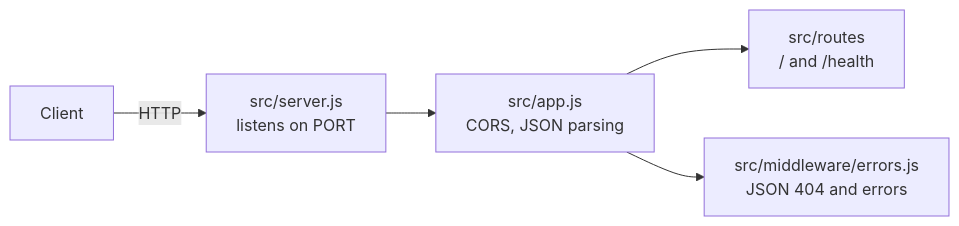
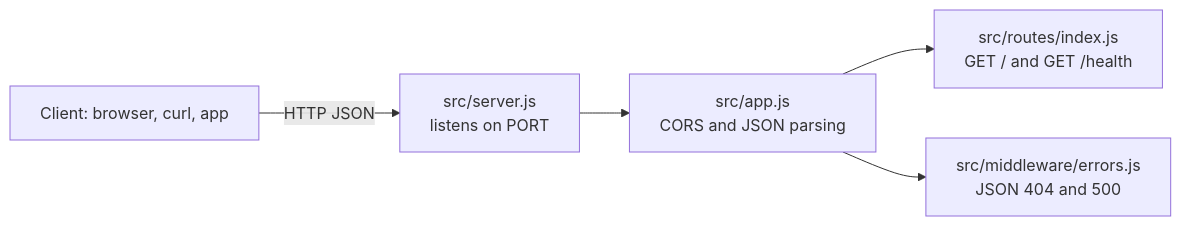
Before and after one commit to light-cloud-com/templates: the diagram in starters/starter-express/README.md, drawn with Mermaid. The commit also changed other lines of this file and 2 other files, not shown here.

````diff
--- a/starters/starter-express/README.md
+++ b/starters/starter-express/README.md
@@ -29,7 +101,7 @@
 ```mermaid
 flowchart LR
-    client["Client"] -->|HTTP| server["src/server.js<br/>listens on PORT"]
-    server --> app["src/app.js<br/>CORS, JSON parsing"]
-    app --> routes["src/routes<br/>/ and /health"]
-    app --> errors["src/middleware/errors.js<br/>JSON 404 and errors"]
+    client["Client: browser, curl, app"] -->|HTTP JSON| server["src/server.js<br/>listens on PORT"]
+    server --> app["src/app.js<br/>CORS and JSON parsing"]
+    app --> routes["src/routes/index.js<br/>GET / and GET /health"]
+    app --> errors["src/middleware/errors.js<br/>JSON 404 and 500"]
 ```
````
